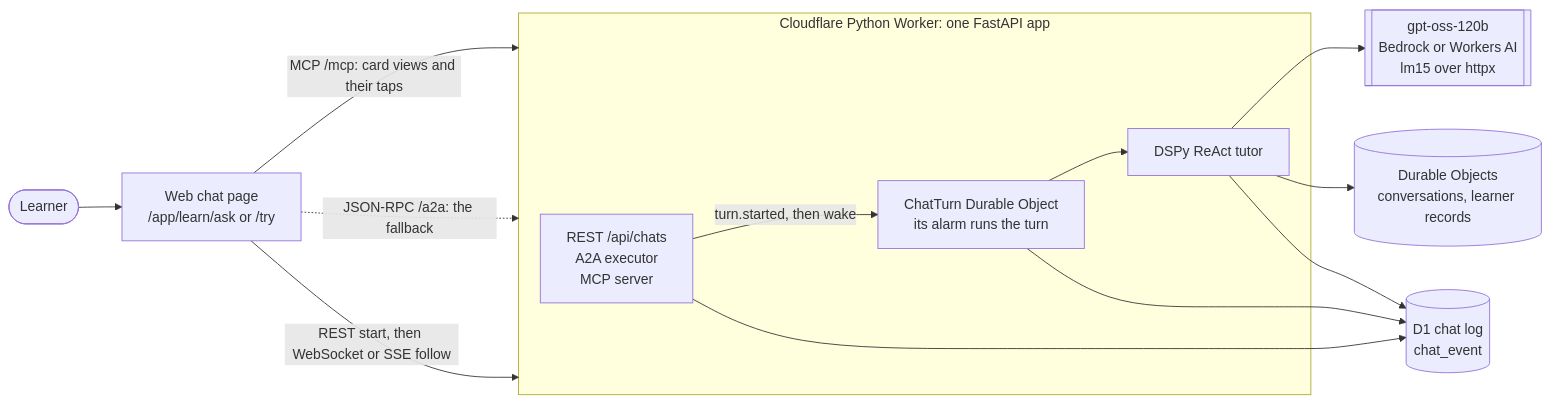
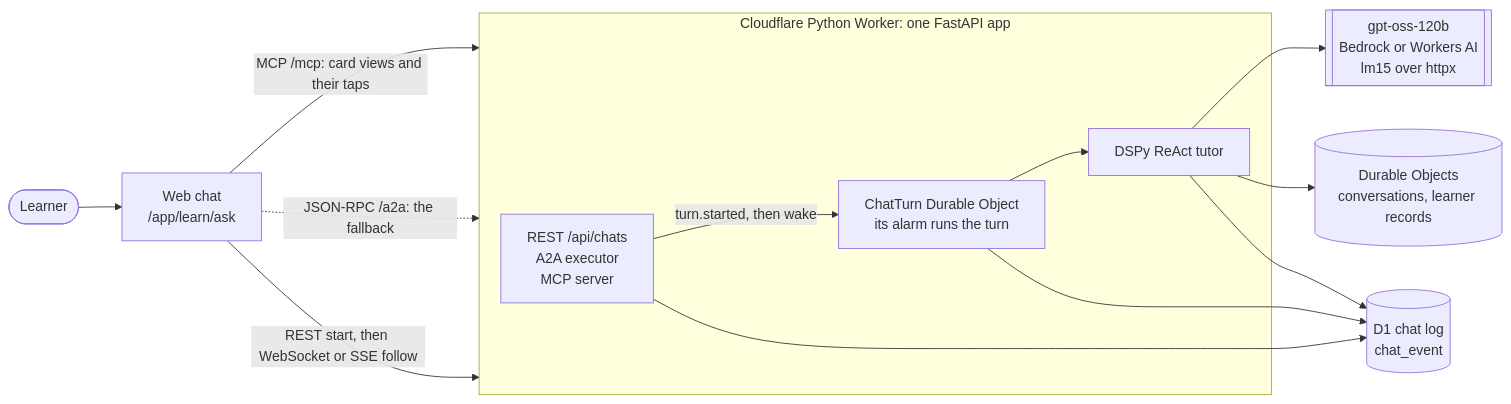
Before and after one commit to getlatentic/graspy: the first of 2 diagrams in docs/CHAT.md, drawn with Mermaid. The commit also changed other lines of this file and 73 other files, not shown here.

First line of the commit message:
One chat for everyone: visitor, learner and lesson, with sign-in offered (#254)

````diff
--- a/docs/CHAT.md
+++ b/docs/CHAT.md
@@ -9,17 +9,17 @@
 ```mermaid
 flowchart LR
-    U([Learner]) --> P["Web chat page<br/>/app/learn/ask or /try"]
+    U([Learner]) --> P["Web chat<br/>/app/learn/ask"]
     P -->|"REST start, then WebSocket or SSE follow"| W
     P -.->|"JSON-RPC /a2a: the fallback"| W
     P -->|"MCP /mcp: card views and their taps"| W
     subgraph W["Cloudflare Python Worker: one FastAPI app"]
         R["REST /api/chats<br/>A2A executor<br/>MCP server"]
         DO["ChatTurn Durable Object<br/>its alarm runs the turn"]
         T["DSPy ReAct tutor"]
     end
     R -->|"turn.started, then wake"| DO
     DO --> T
     T --> M[["gpt-oss-120b<br/>Bedrock or Workers AI<br/>lm15 over httpx"]]
     R & DO & T --> L[("D1 chat log<br/>chat_event")]
     T --> C[("Durable Objects<br/>conversations, learner records")]
 ```
````
